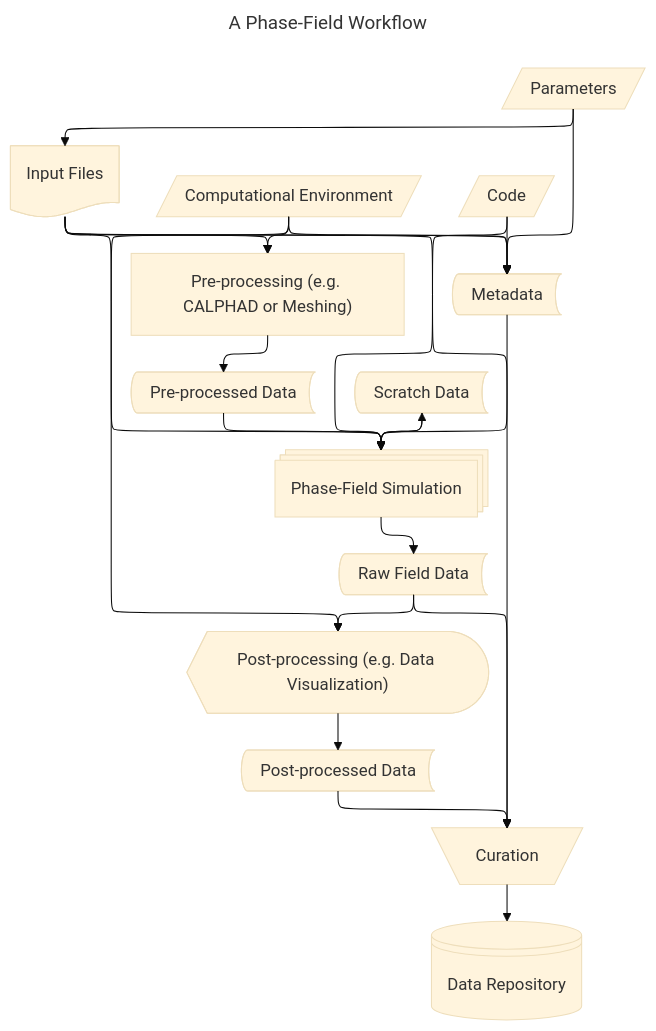
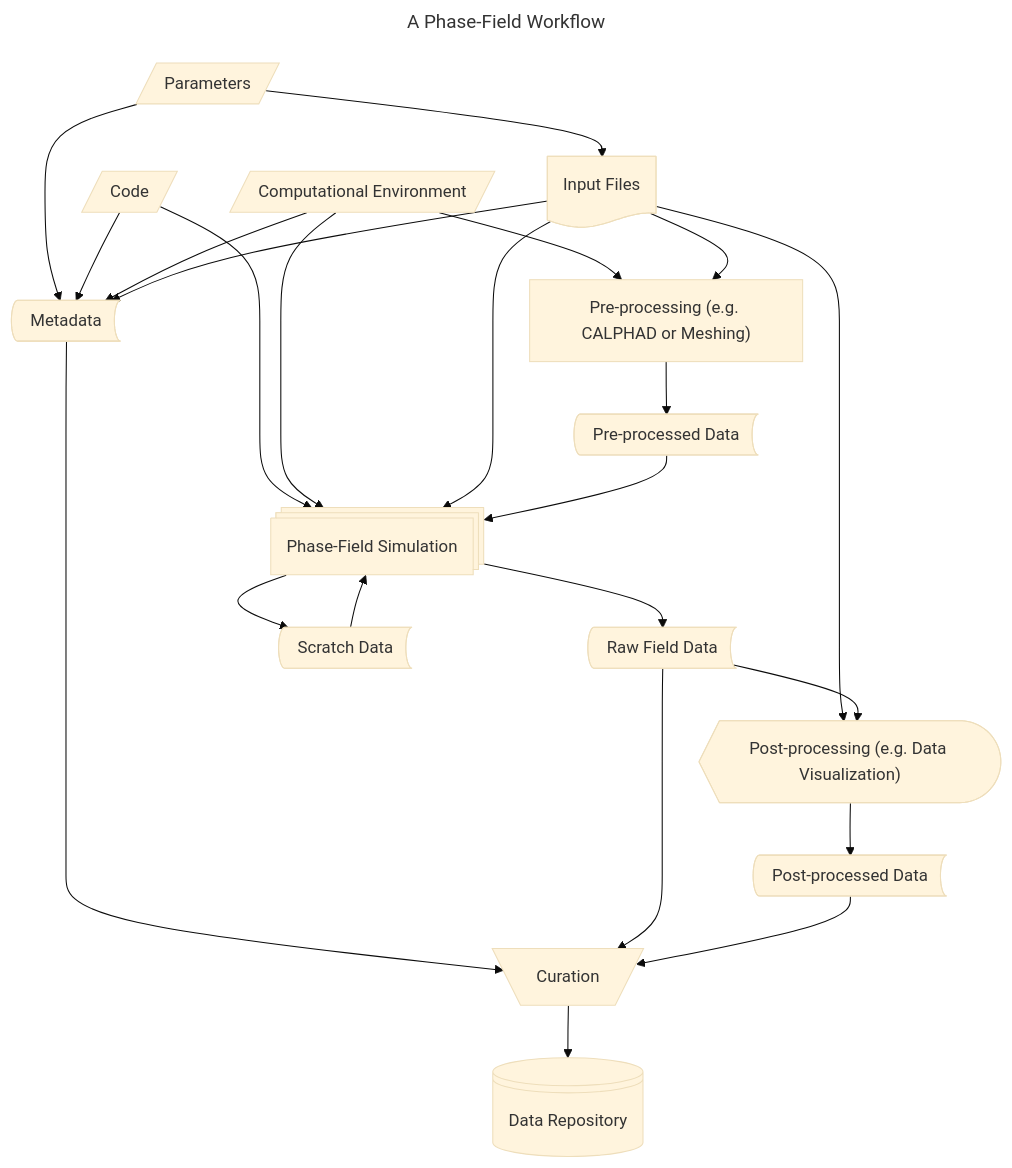
One commit to usnistgov/pf-recommended-practices changed the diagram in pf-recommended-practices/bp-guide-gh/ch3-data-generation-and-curation.md. Above: the diagram before and after it, drawn with Mermaid (base theme). The commit also changed other lines of this file and 1 other file, not shown here.

Commit message:
Alternative layout breaks Jupyter. Use default. Thanks mermaids.

````diff
--- a/pf-recommended-practices/bp-guide-gh/ch3-data-generation-and-curation.md
+++ b/pf-recommended-practices/bp-guide-gh/ch3-data-generation-and-curation.md
@@ -69,41 +69,36 @@
 ```{mermaid}
 ---
 title: A Phase-Field Workflow
-config:
-  layout: elk
-  elk:
-    mergeEdges: true
-    nodePlacementStrategy: NETWORK_SIMPLEX
 ---
 flowchart TD
 
-INPUT@{ shape: doc,      label: "Input Files", fill: #f96 }
-PARAM@{ shape: in-out,   label: "Parameters" }
-PREPR@{ shape: rect,     label: "Pre-processing (e.g. CALPHAD or Meshing)" }
-PREDT@{ shape: bow-rect, label: "Pre-processed Data" }
+    INPUT@{ shape: doc,      label: "Input Files", fill: #f96 }
+    PARAM@{ shape: in-out,   label: "Parameters" }
+    PREPR@{ shape: rect,     label: "Pre-processing (e.g. CALPHAD or Meshing)" }
+    PREDT@{ shape: bow-rect, label: "Pre-processed Data" }
 
-ENVIR@{ shape: in-out,   label: "Computational Environment" }
-SOURC@{ shape: in-out,   label: "Code" }
-METAD@{ shape: bow-rect, label: "Metadata" }
+    ENVIR@{ shape: in-out,   label: "Computational Environment" }
+    SOURC@{ shape: in-out,   label: "Code" }
+    METAD@{ shape: bow-rect, label: "Metadata" }
 
-PFSIM@{ shape: procs,    label: "Phase-Field Simulation" }
-FDATA@{ shape: bow-rect, label: "Raw Field Data" }
-SCRAT@{ shape: bow-rect, label: "Scratch Data" }
+    PFSIM@{ shape: procs,    label: "Phase-Field Simulation" }
+    FDATA@{ shape: bow-rect, label: "Raw Field Data" }
+    SCRAT@{ shape: bow-rect, label: "Scratch Data" }
 
-POSPR@{ shape: display,  label: "Post-processing (e.g. Data Visualization)" }
-POSDT@{ shape: bow-rect, label: "Post-processed Data" }
+    POSPR@{ shape: display,  label: "Post-processing (e.g. Data Visualization)" }
+    POSDT@{ shape: bow-rect, label: "Post-processed Data" }
 
-CURAT@{ shape: manual,   label: "Curation" }
-CRATE@{ shape: disk,     label: "Data Repository" }
+    CURAT@{ shape: manual,   label: "Curation" }
+    CRATE@{ shape: disk,     label: "Data Repository" }
 
-PARAM --> INPUT & METAD
-SOURC --> PFSIM & METAD
-ENVIR --> PFSIM & METAD & PREPR
-INPUT --> PREPR & PFSIM & METAD & POSPR
-PREPR --> PREDT --> PFSIM
-PFSIM --> FDATA & SCRAT
-SCRAT --> PFSIM
-FDATA --> POSPR --> POSDT
+    PARAM --> INPUT & METAD
+    SOURC --> PFSIM & METAD
+    ENVIR --> PFSIM & METAD & PREPR
+    INPUT --> PREPR & PFSIM & METAD & POSPR
+    PREPR --> PREDT --> PFSIM
+    PFSIM --> FDATA & SCRAT
+    SCRAT --> PFSIM
+    FDATA --> POSPR --> POSDT
 
-METAD & FDATA & POSDT --> CURAT --> CRATE
+    METAD & FDATA & POSDT --> CURAT --> CRATE
 ```
````
